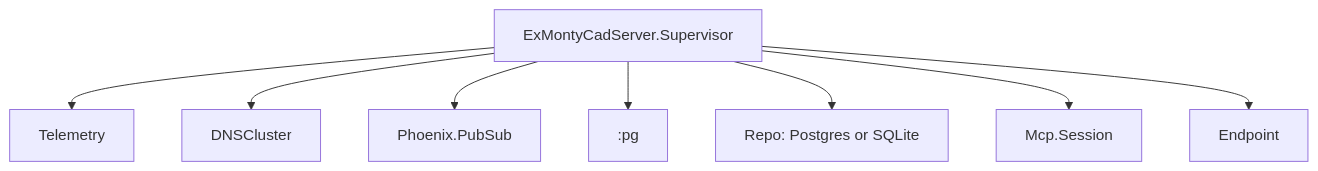
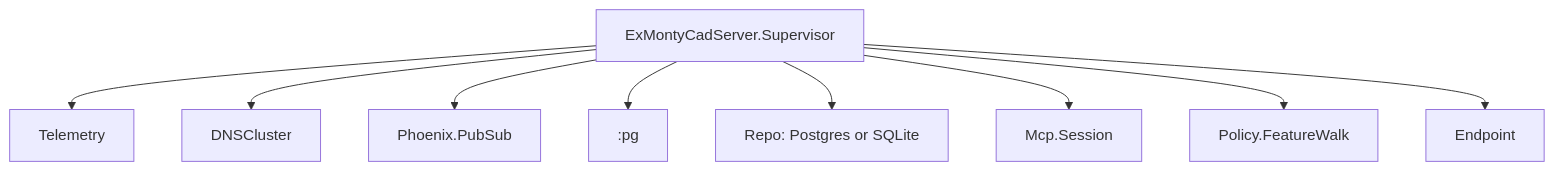
The diagram in docs/architecture.md (d-led/ex.monty.cad.server), drawn with Mermaid before and after one commit. The commit also changed other lines of this file and 4 other files, not shown here.

````diff
--- a/docs/architecture.md
+++ b/docs/architecture.md
@@ -110,10 +130,11 @@
 ```mermaid
 graph TD
   S[ExMontyCadServer.Supervisor] --> T[Telemetry]
   S --> D[DNSCluster]
   S --> P[Phoenix.PubSub]
   S --> PG[":pg"]
   S --> R[Repo: Postgres or SQLite]
   S --> SS[Mcp.Session]
+  S --> PW[Policy.FeatureWalk]
   S --> E[Endpoint]
 ```
````
